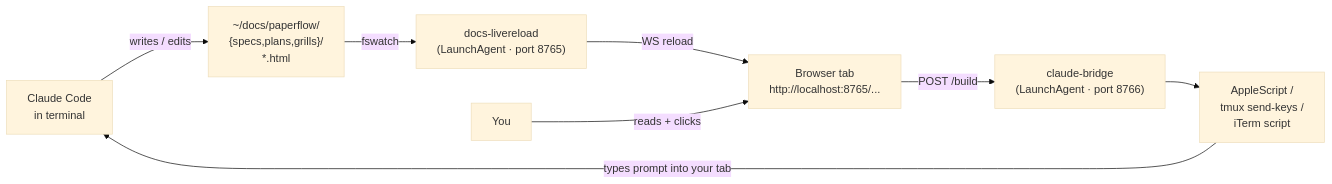
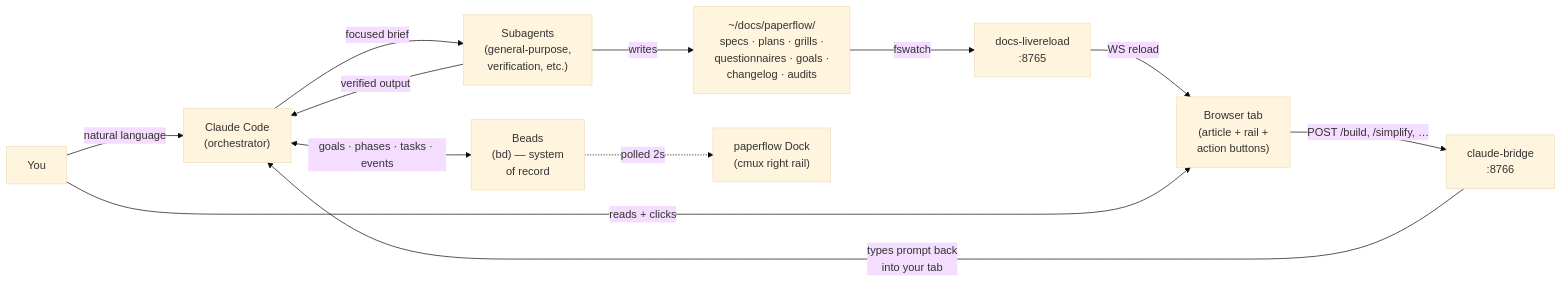
The first of 3 diagrams in README.md (FRIKKern/paperflow), drawn with Mermaid (base theme) before and after one commit. The commit also changed other lines of this file, not shown here.

````diff
--- a/README.md
+++ b/README.md
@@ -19,18 +7,24 @@
 ```mermaid
 flowchart LR
-    Claude["Claude Code<br/>in terminal"]
-    Spec["~/docs/paperflow/<br/>{specs,plans,grills}/<br/>*.html"]
-    LR["docs-livereload<br/>(LaunchAgent · port 8765)"]
-    Browser["Browser tab<br/>http://localhost:8765/..."]
     User["You"]
-    Bridge["claude-bridge<br/>(LaunchAgent · port 8766)"]
-    AS["AppleScript /<br/>tmux send-keys /<br/>iTerm script"]
+    Orch["Claude Code<br/>(orchestrator)"]
+    Subs["Subagents<br/>(general-purpose,<br/>verification, etc.)"]
+    Beads["Beads<br/>(bd) — system<br/>of record"]
+    Docs["~/docs/paperflow/<br/>specs · plans · grills ·<br/>questionnaires · goals ·<br/>changelog · audits"]
+    LR["docs-livereload<br/>:8765"]
+    Browser["Browser tab<br/>(article + rail +<br/>action buttons)"]
+    Bridge["claude-bridge<br/>:8766"]
+    Dock["paperflow Dock<br/>(cmux right rail)"]
 
-    Claude -->|writes / edits| Spec
-    Spec -->|fswatch| LR
+    User -->|"natural language"| Orch
+    Orch -->|"focused brief"| Subs
+    Subs -->|"verified output"| Orch
+    Orch <-->|"goals · phases · tasks · events"| Beads
+    Subs -->|"writes"| Docs
+    Docs -->|"fswatch"| LR
     LR -->|"WS reload"| Browser
-    User -->|reads + clicks| Browser
-    Browser -->|"POST /build"| Bridge
-    Bridge --> AS
-    AS -->|"types prompt into your tab"| Claude
+    User -->|"reads + clicks"| Browser
+    Browser -->|"POST /build, /simplify, …"| Bridge
+    Bridge -->|"types prompt back<br/>into your tab"| Orch
+    Beads -.->|"polled 2s"| Dock
 ```
````
